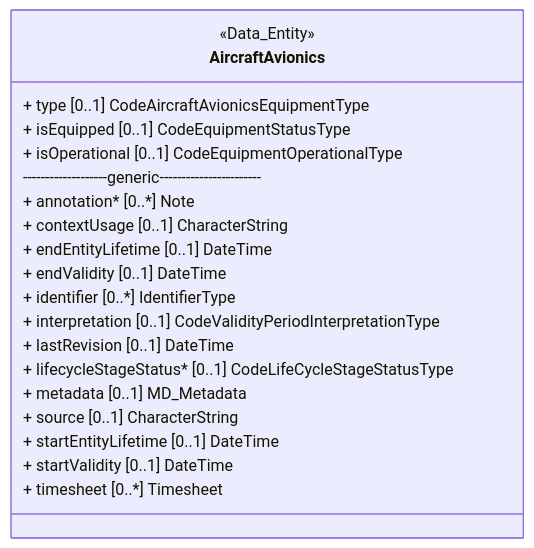
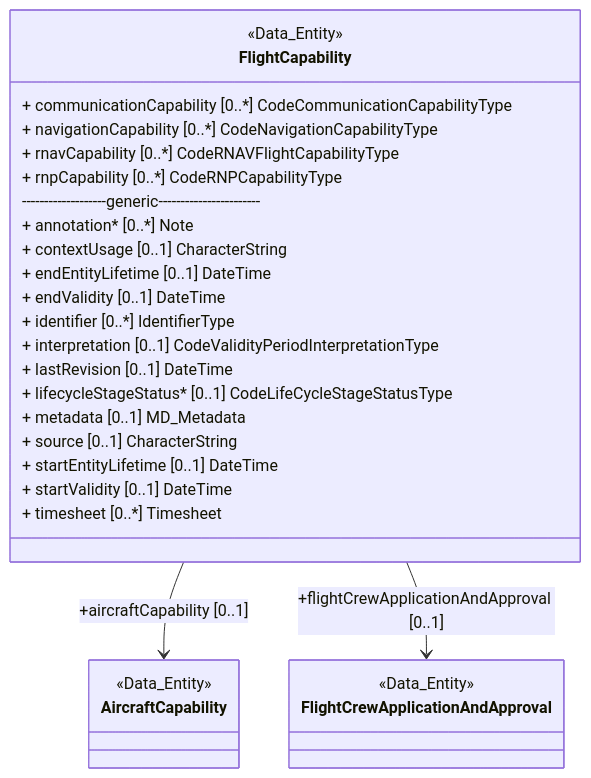
The fifth of 55 diagrams in README.md (hlepori/testAIRM), drawn with Mermaid before and after one commit. The commit also changed other lines of this file, not shown here.

````diff
--- a/README.md
+++ b/README.md
@@ -177,23 +258,32 @@
 ```mermaid	
 classDiagram	
-class AircraftAvionics	
-<<Data_Entity>> AircraftAvionics	
-link AircraftAvionics "https://airm.aero/developers/advanced-search/1.0.0/AircraftAvionics?model=LogicalModel" "Go to definition"	
-AircraftAvionics : + type [0..1] CodeAircraftAvionicsEquipmentType	
-AircraftAvionics : + isEquipped [0..1] CodeEquipmentStatusType	
-AircraftAvionics : + isOperational [0..1] CodeEquipmentOperationalType	
-AircraftAvionics: -------------------generic-----------------------	
-AircraftAvionics : + annotation* [0..*] Note	
-AircraftAvionics : + contextUsage [0..1] CharacterString	
-AircraftAvionics : + endEntityLifetime [0..1] DateTime	
-AircraftAvionics : + endValidity [0..1] DateTime	
-AircraftAvionics : + identifier [0..*] IdentifierType	
-AircraftAvionics : + interpretation [0..1] CodeValidityPeriodInterpretationType	
-AircraftAvionics : + lastRevision [0..1] DateTime	
-AircraftAvionics : + lifecycleStageStatus* [0..1] CodeLifeCycleStageStatusType	
-AircraftAvionics : + metadata [0..1] MD_Metadata	
-AircraftAvionics : + source [0..1] CharacterString	
-AircraftAvionics : + startEntityLifetime [0..1] DateTime	
-AircraftAvionics : + startValidity [0..1] DateTime	
-AircraftAvionics : + timesheet [0..*] Timesheet	
+class FlightCapability	
+<<Data_Entity>> FlightCapability	
+link FlightCapability "https://airm.aero/developers/advanced-search/1.0.0/FlightCapability?model=LogicalModel" "Go to definition"	
+class AircraftCapability	
+<<Data_Entity>> AircraftCapability	
+link AircraftCapability "https://airm.aero/developers/advanced-search/1.0.0/AircraftCapability?model=LogicalModel" "Go to definition"	
+FlightCapability --> AircraftCapability : +aircraftCapability [0..1]	
+FlightCapability : + communicationCapability [0..*] CodeCommunicationCapabilityType	
+class FlightCrewApplicationAndApproval	
+<<Data_Entity>> FlightCrewApplicationAndApproval	
+link FlightCrewApplicationAndApproval "https://airm.aero/developers/advanced-search/1.0.0/FlightCrewApplicationAndApproval?model=LogicalModel" "Go to definition"	
+FlightCapability --> FlightCrewApplicationAndApproval : +flightCrewApplicationAndApproval [0..1]	
+FlightCapability : + navigationCapability [0..*] CodeNavigationCapabilityType	
+FlightCapability : + rnavCapability [0..*] CodeRNAVFlightCapabilityType	
+FlightCapability : + rnpCapability [0..*] CodeRNPCapabilityType	
+FlightCapability: -------------------generic-----------------------	
+FlightCapability : + annotation* [0..*] Note	
+FlightCapability : + contextUsage [0..1] CharacterString	
+FlightCapability : + endEntityLifetime [0..1] DateTime	
+FlightCapability : + endValidity [0..1] DateTime	
+FlightCapability : + identifier [0..*] IdentifierType	
+FlightCapability : + interpretation [0..1] CodeValidityPeriodInterpretationType	
+FlightCapability : + lastRevision [0..1] DateTime	
+FlightCapability : + lifecycleStageStatus* [0..1] CodeLifeCycleStageStatusType	
+FlightCapability : + metadata [0..1] MD_Metadata	
+FlightCapability : + source [0..1] CharacterString	
+FlightCapability : + startEntityLifetime [0..1] DateTime	
+FlightCapability : + startValidity [0..1] DateTime	
+FlightCapability : + timesheet [0..*] Timesheet	
 ```	
````
